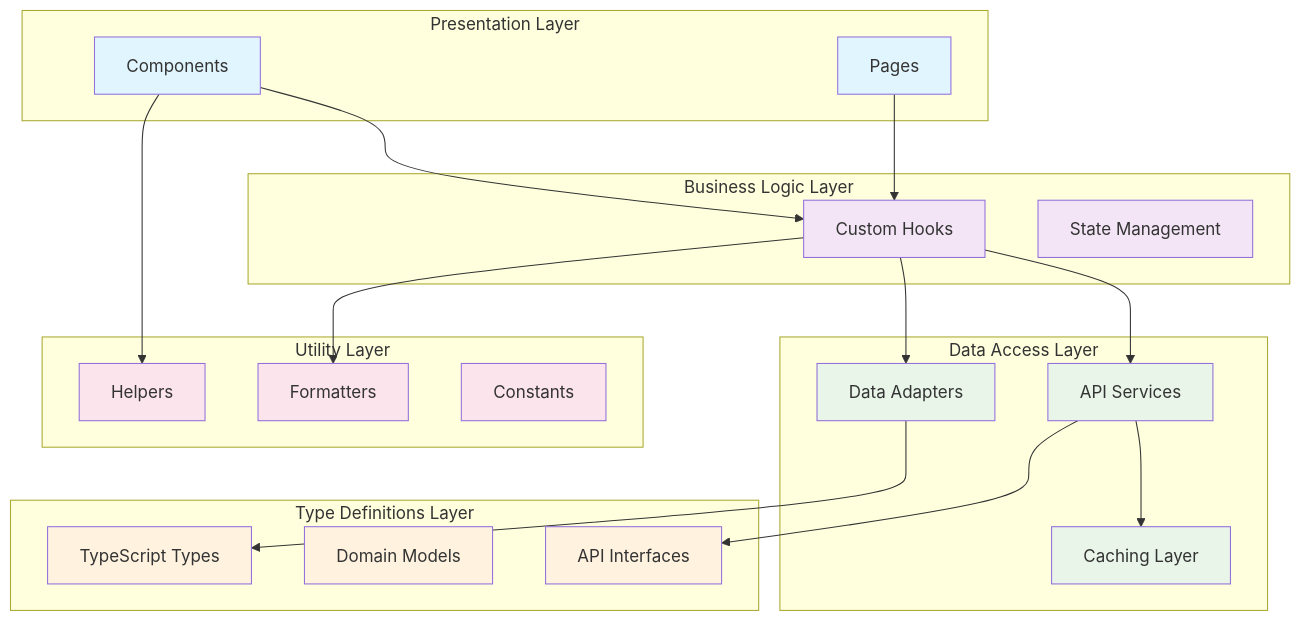
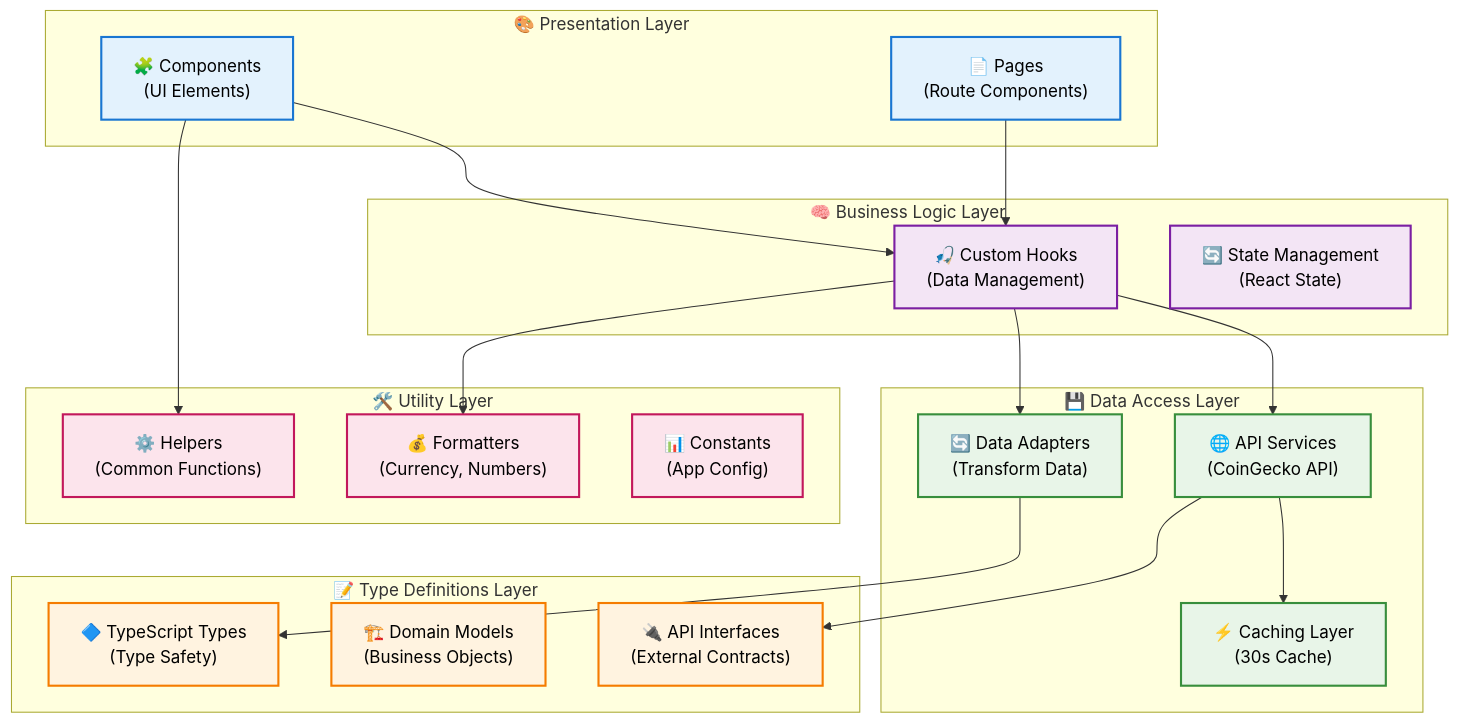
Before and after one commit to chiragSahani/project-meddy: the diagram in README.md, drawn with Mermaid.

Commit message:
fix:Mermaid graph text

````diff
--- a/README.md
+++ b/README.md
@@ -51,54 +51,54 @@
 ```mermaid
 graph TB
-    subgraph "Presentation Layer"
-        A[Components]
-        B[Pages]
+    subgraph "🎨 Presentation Layer"
+        A["🧩 Components<br/>(UI Elements)"]
+        B["📄 Pages<br/>(Route Components)"]
     end
 
-    subgraph "Business Logic Layer"
-        C[Custom Hooks]
-        D[State Management]
+    subgraph "🧠 Business Logic Layer"
+        C["🎣 Custom Hooks<br/>(Data Management)"]
+        D["🔄 State Management<br/>(React State)"]
     end
 
-    subgraph "Data Access Layer"
-        E[API Services]
-        F[Data Adapters]
-        G[Caching Layer]
+    subgraph "💾 Data Access Layer"
+        E["🌐 API Services<br/>(CoinGecko API)"]
+        F["🔄 Data Adapters<br/>(Transform Data)"]
+        G["⚡ Caching Layer<br/>(30s Cache)"]
     end
 
-    subgraph "Type Definitions Layer"
-        H[TypeScript Types]
-        I[Domain Models]
-        J[API Interfaces]
+    subgraph "📝 Type Definitions Layer"
+        H["🔷 TypeScript Types<br/>(Type Safety)"]
+        I["🏗️ Domain Models<br/>(Business Objects)"]
+        J["🔌 API Interfaces<br/>(External Contracts)"]
     end
 
-    subgraph "Utility Layer"
-        K[Formatters]
-        L[Helpers]
-        M[Constants]
+    subgraph "🛠️ Utility Layer"
+        K["💰 Formatters<br/>(Currency, Numbers)"]
+        L["⚙️ Helpers<br/>(Common Functions)"]
+        M["📊 Constants<br/>(App Config)"]
     end
 
     A --> C
     B --> C
     C --> E
     C --> F
     E --> G
     F --> H
     E --> J
     C --> K
     A --> L
 
-    style A fill:#e1f5fe
-    style B fill:#e1f5fe
-    style C fill:#f3e5f5
-    style D fill:#f3e5f5
-    style E fill:#e8f5e8
-    style F fill:#e8f5e8
-    style G fill:#e8f5e8
-    style H fill:#fff3e0
-    style I fill:#fff3e0
-    style J fill:#fff3e0
-    style K fill:#fce4ec
-    style L fill:#fce4ec
-    style M fill:#fce4ec
+    style A fill:#e3f2fd,stroke:#1976d2,stroke-width:2px,color:#000
+    style B fill:#e3f2fd,stroke:#1976d2,stroke-width:2px,color:#000
+    style C fill:#f3e5f5,stroke:#7b1fa2,stroke-width:2px,color:#000
+    style D fill:#f3e5f5,stroke:#7b1fa2,stroke-width:2px,color:#000
+    style E fill:#e8f5e8,stroke:#388e3c,stroke-width:2px,color:#000
+    style F fill:#e8f5e8,stroke:#388e3c,stroke-width:2px,color:#000
+    style G fill:#e8f5e8,stroke:#388e3c,stroke-width:2px,color:#000
+    style H fill:#fff3e0,stroke:#f57c00,stroke-width:2px,color:#000
+    style I fill:#fff3e0,stroke:#f57c00,stroke-width:2px,color:#000
+    style J fill:#fff3e0,stroke:#f57c00,stroke-width:2px,color:#000
+    style K fill:#fce4ec,stroke:#c2185b,stroke-width:2px,color:#000
+    style L fill:#fce4ec,stroke:#c2185b,stroke-width:2px,color:#000
+    style M fill:#fce4ec,stroke:#c2185b,stroke-width:2px,color:#000
 ```
````
